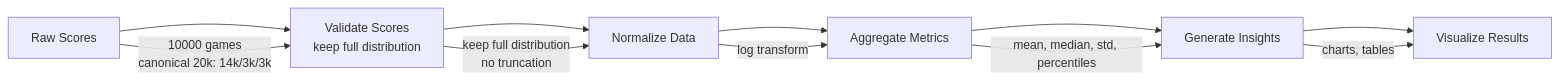
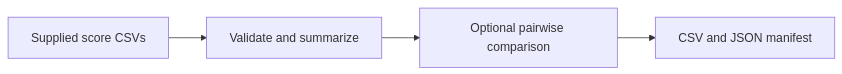
One commit to Evintkoo/2048-ml changed the diagram in plans/07-Benchmarking/04-Analysis/01-results-analysis.md. Above: the diagram before and after it, drawn with Mermaid. The commit also changed other lines of this file and 144 other files, not shown here.

````diff
--- a/plans/07-Benchmarking/04-Analysis/01-results-analysis.md
+++ b/plans/07-Benchmarking/04-Analysis/01-results-analysis.md
@@ -24,14 +24,6 @@
 ```mermaid
 flowchart LR
-    A[Raw Scores] --> B[Validate Scores<br/>keep full distribution]
-    B --> C[Normalize Data]
-    C --> D[Aggregate Metrics]
-    D --> E[Generate Insights]
-    E --> F[Visualize Results]
-    
-    A -->|10000 games<br/>canonical 20k: 14k/3k/3k| B
-    B -->|keep full distribution<br/>no truncation| C
-    C -->|log transform| D
-    D -->|mean, median, std, percentiles| E
-    E -->|charts, tables| F
+    A[Supplied score CSVs] --> B[Validate and summarize]
+    B --> C[Optional pairwise comparison]
+    C --> D[CSV and JSON manifest]
 ```
````
